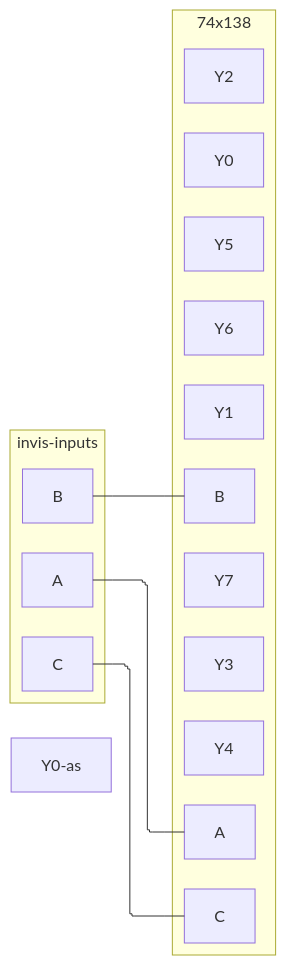
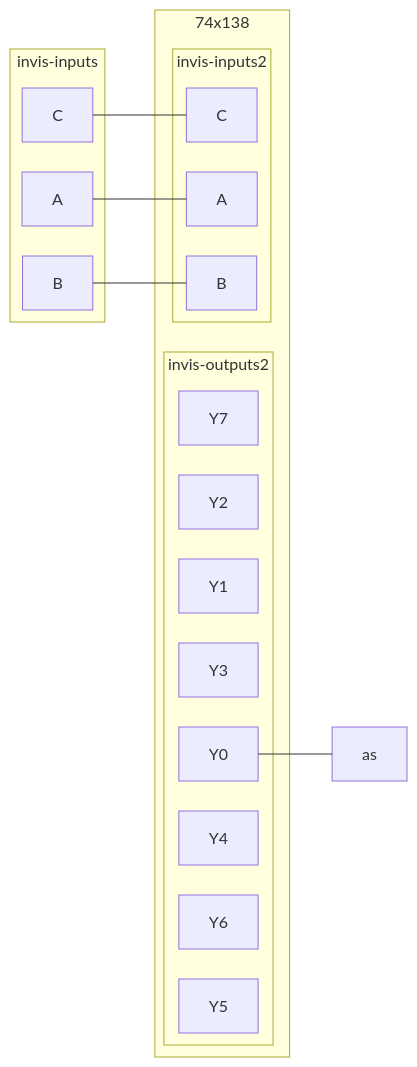
One commit to tnichols217/notes changed the diagram in CSDS 281 - Logic Design/HW/7/tables.md. Above: the diagram before and after it, drawn with Mermaid.

Commit message:
vault backup: 2024-03-27 10:47:14

````diff
--- a/CSDS 281 - Logic Design/HW/7/tables.md
+++ b/CSDS 281 - Logic Design/HW/7/tables.md
@@ -27,23 +27,27 @@
 ```mermaid
 %%{ init: { 'flowchart': { 'curve': 'stepBefore', "defaultRenderer": "elk" } } }%%
 flowchart LR
 subgraph invis-inputs
 A
 B
 C
 end
 subgraph 74x138
+subgraph invis-inputs2
 A --- Aa["A"]
 B --- Bb["B"]
 C --- Cc["C"]
+end
+subgraph invis-outputs2
 Y0
 Y1
 Y2
 Y3
 Y4
 Y5
 Y6
 Y7
 end
-Y0-as
+end
+Y0 --- as
 ```
````
